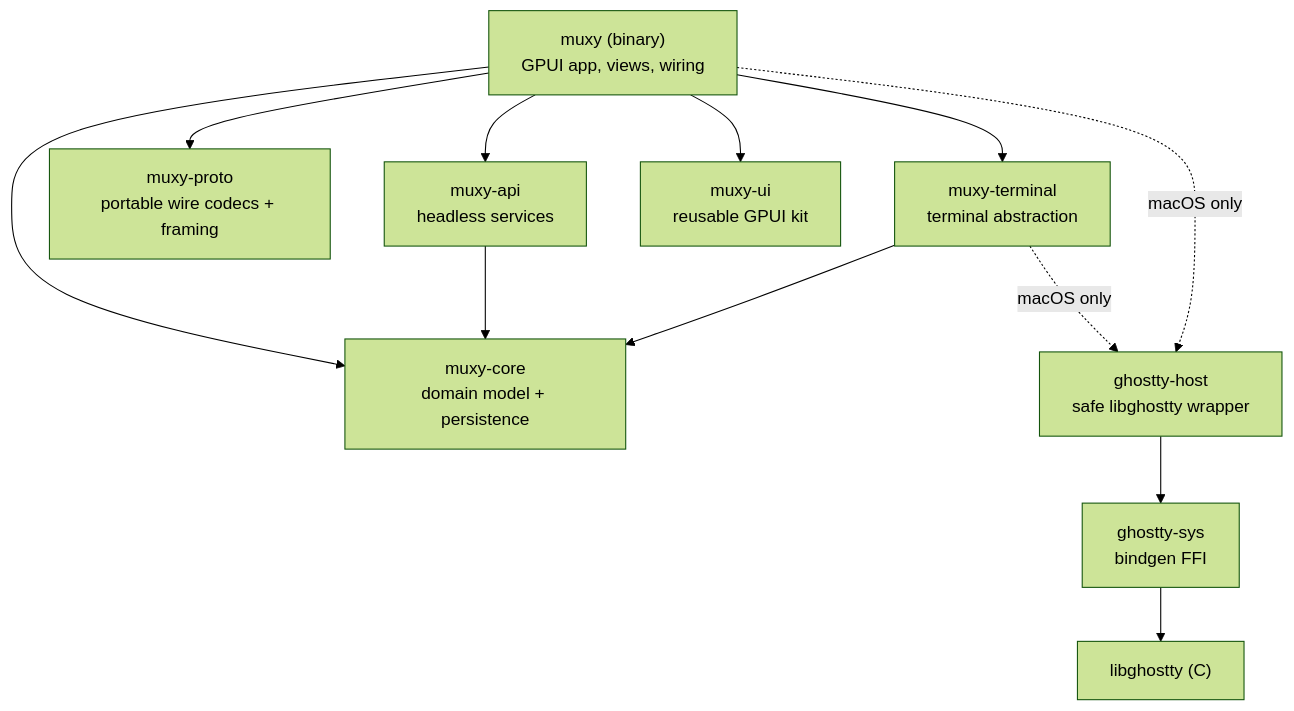
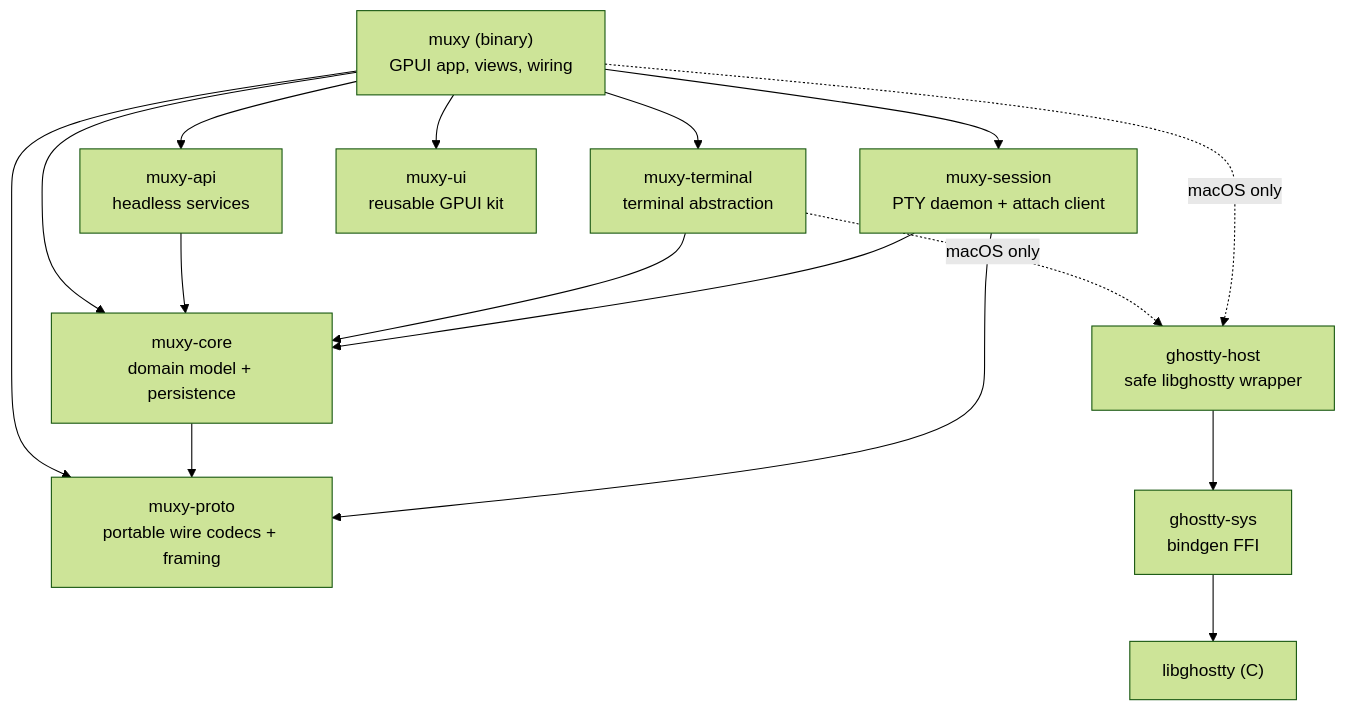
One commit to muxy-app/muxy changed the first of 14 diagrams in ARCHITECTURE.md. Above: the diagram before and after it, drawn with Mermaid (forest theme). The commit also changed other lines of this file and 33 other files, not shown here.

````diff
--- a/ARCHITECTURE.md
+++ b/ARCHITECTURE.md
@@ -7,23 +7,28 @@
 ```mermaid
 flowchart TD
     muxy["muxy (binary)\nGPUI app, views, wiring"]
     api["muxy-api\nheadless services"]
     proto["muxy-proto\nportable wire codecs + framing"]
     core["muxy-core\ndomain model + persistence"]
     term["muxy-terminal\nterminal abstraction"]
+    session["muxy-session\nPTY daemon + attach client"]
     ui["muxy-ui\nreusable GPUI kit"]
     host["ghostty-host\nsafe libghostty wrapper"]
     sys["ghostty-sys\nbindgen FFI"]
 
     muxy --> api
     muxy --> proto
     muxy --> term
     muxy --> ui
     muxy --> core
+    muxy --> session
     api --> core
+    core --> proto
     term --> core
+    session --> core
+    session --> proto
     term -. macOS only .-> host
     muxy -. macOS only .-> host
     host --> sys
     sys --> lib["libghostty (C)"]
 ```
````
